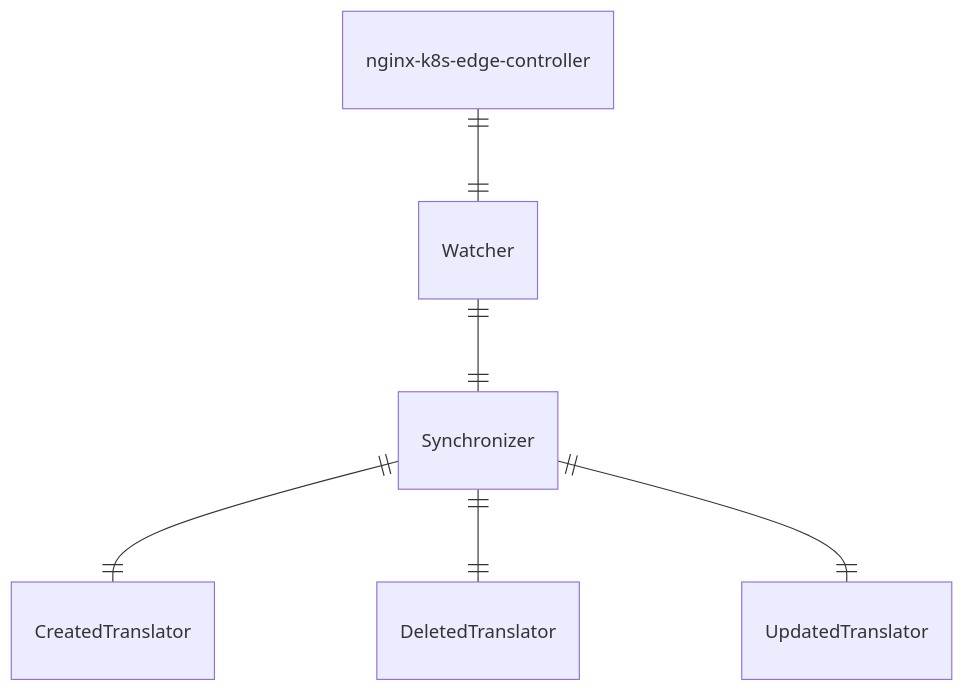
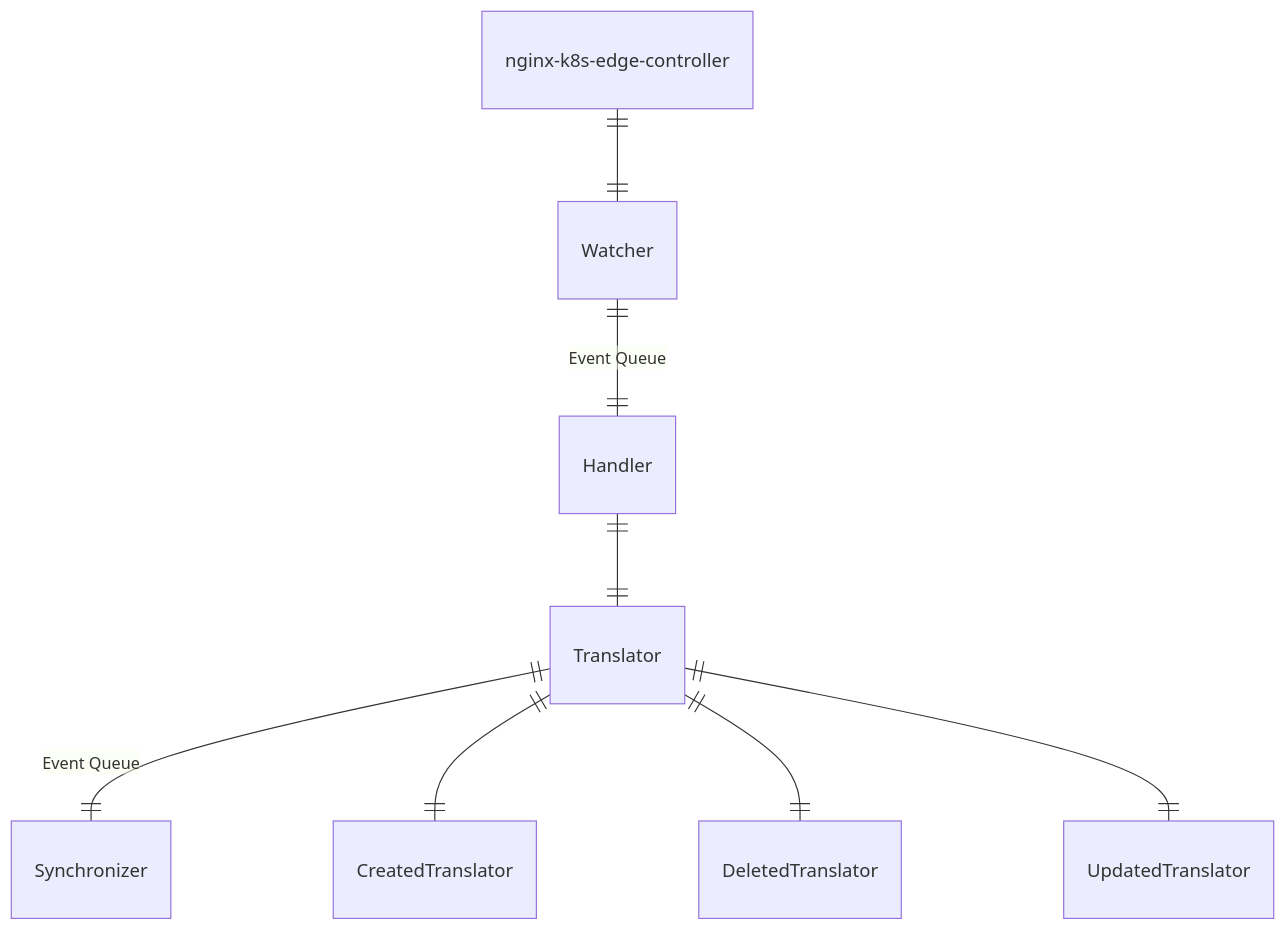
One commit to nginxinc/nginx-loadbalancer-kubernetes changed the diagram in DESIGN.md. Above: the diagram before and after it, drawn with Mermaid. The commit also changed 20 other files, not shown here.

````diff
--- a/DESIGN.md
+++ b/DESIGN.md
@@ -12,8 +12,10 @@
 ```mermaid
 erDiagram
     nginx-k8s-edge-controller ||--|| Watcher : ""
-    Watcher ||--|| Synchronizer : ""
-    Synchronizer ||--|| CreatedTranslator : ""
-    Synchronizer ||--|| DeletedTranslator : ""
-    Synchronizer ||--|| UpdatedTranslator : ""
+    Watcher ||--|| Handler : "Event Queue"
+    Handler ||--|| Translator : ""
+    Translator ||--|| Synchronizer : "Event Queue"
+    Translator ||--|| CreatedTranslator : ""
+    Translator ||--|| DeletedTranslator : ""
+    Translator ||--|| UpdatedTranslator : ""
 ```
````
